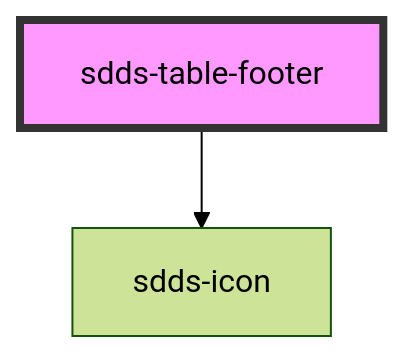
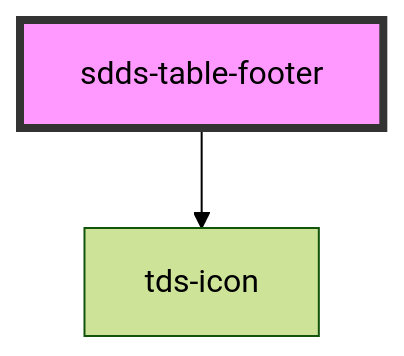
Before and after one commit to scania-digital-design-system/tegel: the diagram in core/src/components/data-table/table-footer/readme.md, drawn with Mermaid (forest theme). The commit also changed other lines of this file and 71 other files, not shown here.

````diff
--- a/core/src/components/data-table/table-footer/readme.md
+++ b/core/src/components/data-table/table-footer/readme.md
@@ -33,5 +33,5 @@
 ```mermaid
 graph TD;
-  sdds-table-footer --> sdds-icon
+  sdds-table-footer --> tds-icon
   style sdds-table-footer fill:#f9f,stroke:#333,stroke-width:4px
 ```
````
